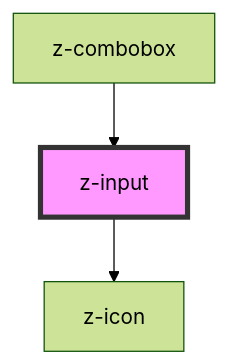
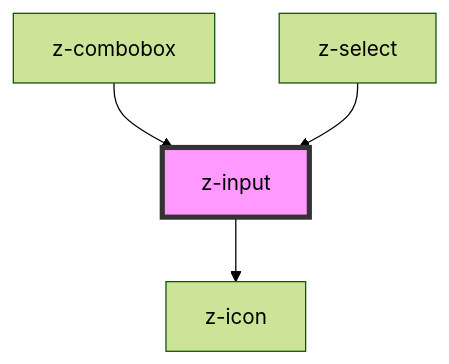
The diagram in src/components/inputs/z-input/readme.md (ZanichelliEditore/design-system), drawn with Mermaid (forest theme) before and after one commit. The commit also changed other lines of this file and 11 other files, not shown here.

````diff
--- a/src/components/inputs/z-input/readme.md
+++ b/src/components/inputs/z-input/readme.md
@@ -200,6 +203,7 @@
 ```mermaid
 graph TD;
   z-input --> z-icon
   z-combobox --> z-input
+  z-select --> z-input
   style z-input fill:#f9f,stroke:#333,stroke-width:4px
 ```
````
